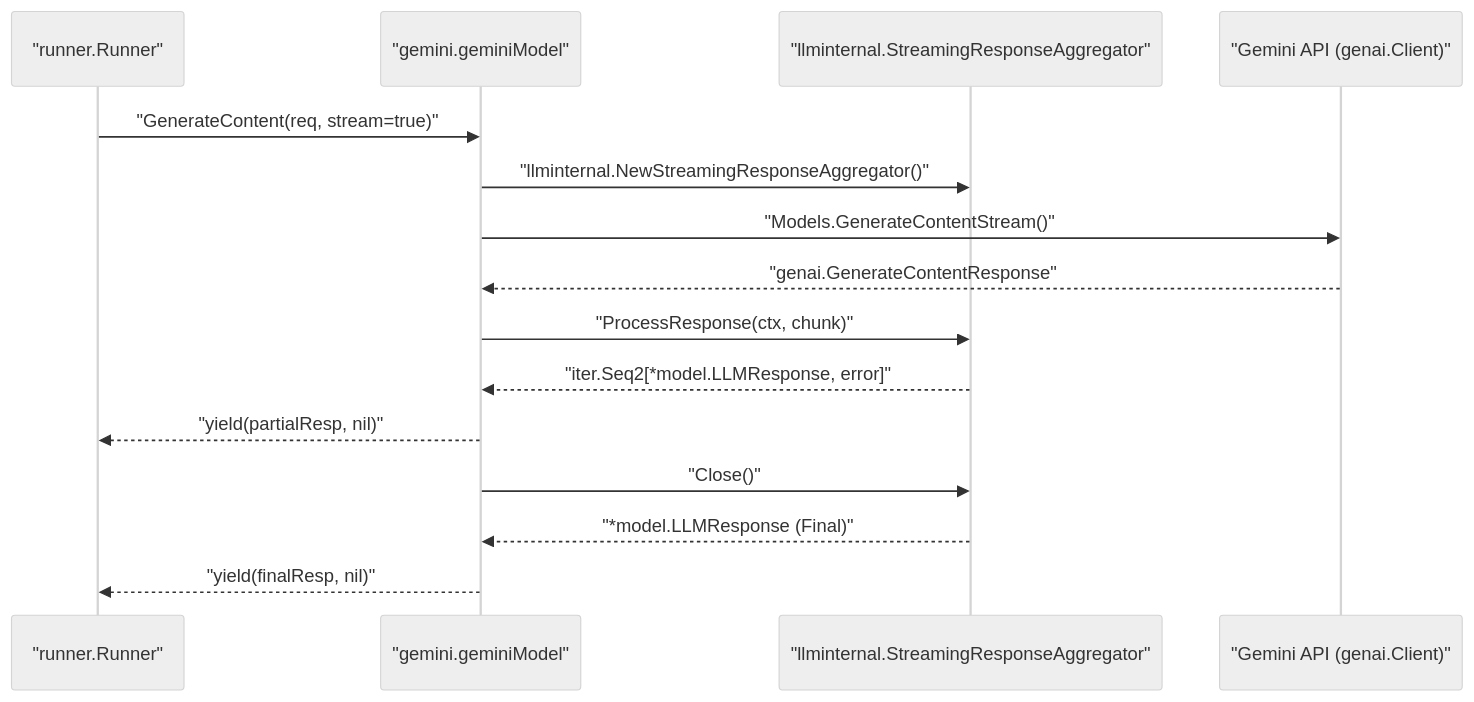
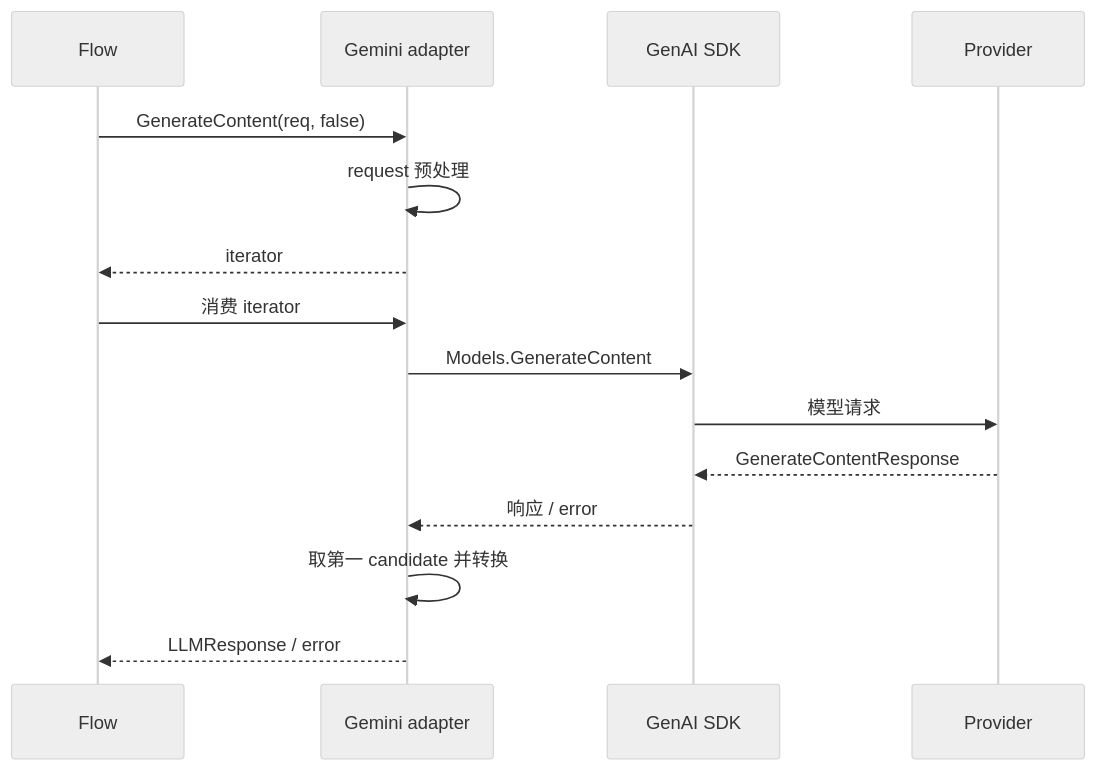
Before and after one commit to elonnzhang/elonnzhang.github.io: the first of 2 diagrams in content/posts/2026-09-20-adk-model.md, drawn with Mermaid (neutral theme). The commit also changed other lines of this file and 41 other files, not shown here.

````diff
--- a/content/posts/2026-09-20-adk-model.md
+++ b/content/posts/2026-09-20-adk-model.md
@@ -198,17 +183,17 @@
 ```mermaid
 sequenceDiagram
-    participant Runner as "runner.Runner"
-    participant Model as "gemini.geminiModel"
-    participant Aggregator as "llminternal.StreamingResponseAggregator"
-    participant API as "Gemini API (genai.Client)"
-    Runner->>Model: "GenerateContent(req, stream=true)"
-    Model->>Aggregator: "llminternal.NewStreamingResponseAggregator()"
-    Model->>API: "Models.GenerateContentStream()"
-    API-->>Model: "genai.GenerateContentResponse"
-    Model->>Aggregator: "ProcessResponse(ctx, chunk)"
-    Aggregator-->>Model: "iter.Seq2[*model.LLMResponse, error]"
-    Model-->>Runner: "yield(partialResp, nil)"
-    Model->>Aggregator: "Close()"
-    Aggregator-->>Model: "*model.LLMResponse (Final)"
-    Model-->>Runner: "yield(finalResp, nil)"
+    participant F as Flow
+    participant G as Gemini adapter
+    participant S as GenAI SDK
+    participant P as Provider
+    F->>G: GenerateContent(req, false)
+    G->>G: request 预处理
+    G-->>F: iterator
+    F->>G: 消费 iterator
+    G->>S: Models.GenerateContent
+    S->>P: 模型请求
+    P-->>S: GenerateContentResponse
+    S-->>G: 响应 / error
+    G->>G: 取第一 candidate 并转换
+    G-->>F: LLMResponse / error
 ```
````
